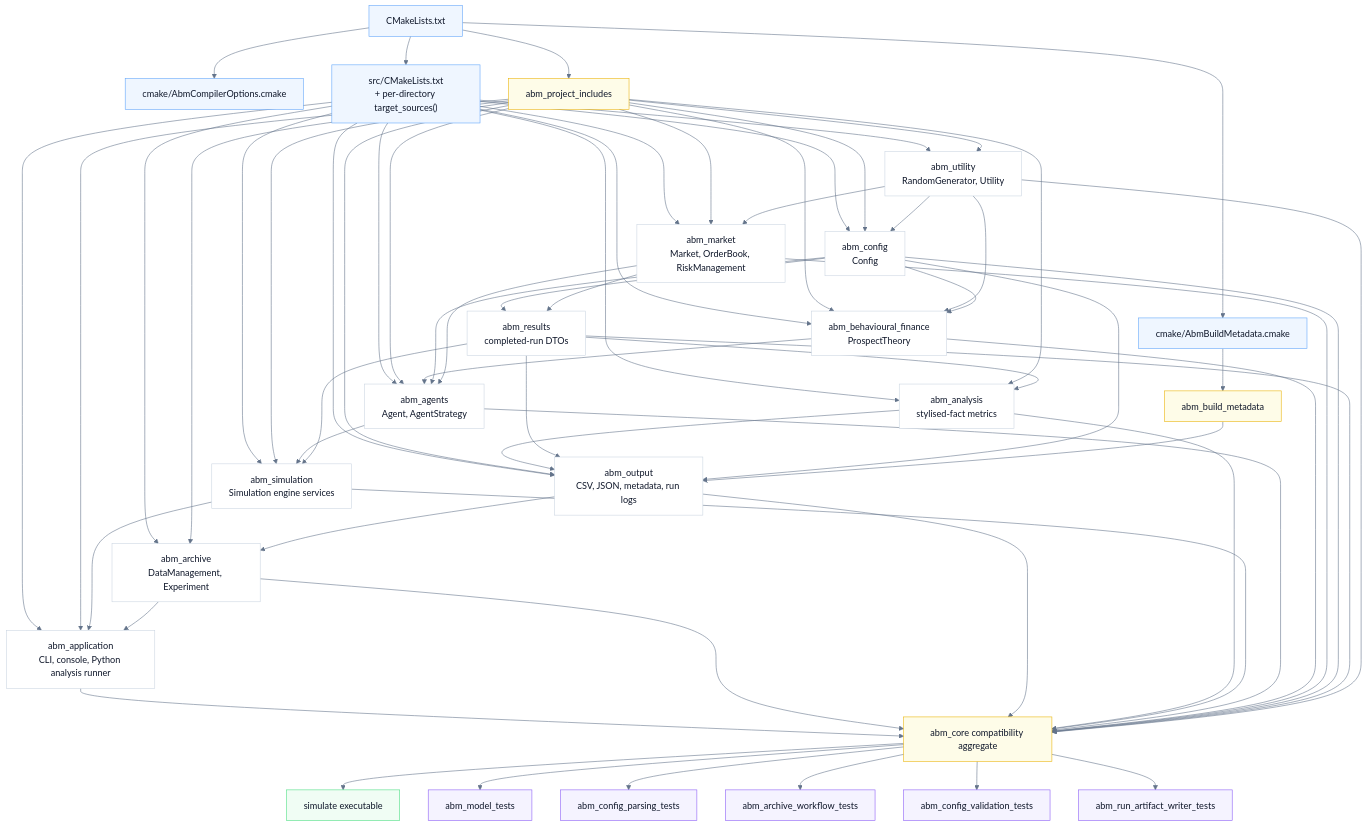
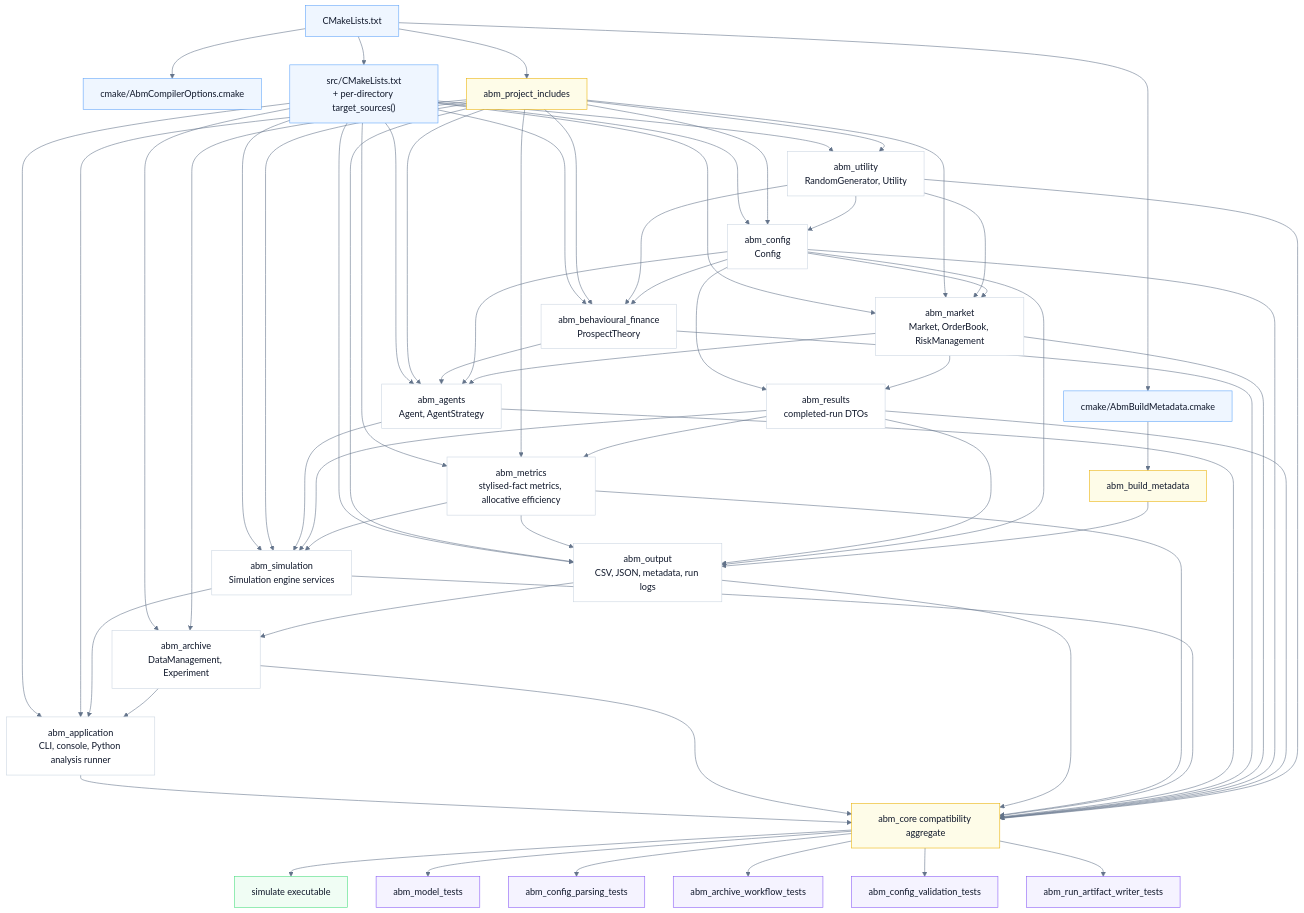
One commit to JustSimpleLucas/BABM changed the diagram in docs/build_structure.mmd. Above: the diagram before and after it, drawn with Mermaid. The commit also changed 15 other files, not shown here.

```diff
--- a/docs/build_structure.mmd
+++ b/docs/build_structure.mmd
@@ -1,108 +1,110 @@
 %%{init: {"theme": "base", "themeVariables": {"background": "#ffffff", "primaryColor": "#f8fafc", "primaryBorderColor": "#94a3b8", "primaryTextColor": "#0f172a", "lineColor": "#64748b", "secondaryColor": "#eff6ff", "tertiaryColor": "#f0fdf4", "fontFamily": "Arial, sans-serif"}}}%%
 flowchart TD
     root["CMakeLists.txt"]
     compiler["cmake/AbmCompilerOptions.cmake"]
     metadata["cmake/AbmBuildMetadata.cmake"]
     sources["src/CMakeLists.txt<br/>+ per-directory target_sources()"]
 
     includes["abm_project_includes"]
     buildMetadata["abm_build_metadata"]
     core["abm_core compatibility aggregate"]
     app["simulate executable"]
 
     utility["abm_utility<br/>RandomGenerator, Utility"]
     config["abm_config<br/>Config"]
     market["abm_market<br/>Market, OrderBook, RiskManagement"]
     behavioural["abm_behavioural_finance<br/>ProspectTheory"]
     agents["abm_agents<br/>Agent, AgentStrategy"]
     results["abm_results<br/>completed-run DTOs"]
     simulation["abm_simulation<br/>Simulation engine services"]
-    analysis["abm_analysis<br/>stylised-fact metrics"]
+    metrics["abm_metrics<br/>stylised-fact metrics, allocative efficiency"]
     output["abm_output<br/>CSV, JSON, metadata, run logs"]
     archive["abm_archive<br/>DataManagement, Experiment"]
     application["abm_application<br/>CLI, console, Python analysis runner"]
 
     modelTests["abm_model_tests"]
     parsingTests["abm_config_parsing_tests"]
     archiveTests["abm_archive_workflow_tests"]
     validationTests["abm_config_validation_tests"]
     artifactTests["abm_run_artifact_writer_tests"]
 
     root --> compiler
     root --> metadata
     root --> sources
     root --> includes
     metadata --> buildMetadata
 
     sources --> utility
     sources --> config
     sources --> market
     sources --> behavioural
     sources --> agents
     sources --> simulation
-    sources --> analysis
+    sources --> metrics
     sources --> output
     sources --> archive
     sources --> application
 
     includes --> utility
     includes --> config
     includes --> market
     includes --> behavioural
     includes --> agents
     includes --> simulation
-    includes --> analysis
+    includes --> metrics
     includes --> output
     includes --> archive
     includes --> application
 
     utility --> config
     utility --> market
+    config --> market
     utility --> behavioural
     config --> behavioural
     config --> results
     market --> results
     behavioural --> agents
     config --> agents
     market --> agents
     agents --> simulation
     results --> simulation
     simulation --> application
-    results --> analysis
-    analysis --> output
+    results --> metrics
+    metrics --> simulation
+    metrics --> output
     results --> output
     config --> output
     buildMetadata --> output
     output --> archive
     archive --> application
 
     application --> core
     archive --> core
     output --> core
-    analysis --> core
+    metrics --> core
     simulation --> core
     agents --> core
     behavioural --> core
     market --> core
     config --> core
     results --> core
     utility --> core
 
     core --> app
     core --> modelTests
     core --> parsingTests
     core --> archiveTests
     core --> validationTests
     core --> artifactTests
 
     classDef cmake fill:#eff6ff,stroke:#60a5fa,stroke-width:1px,color:#0f172a
     classDef interface fill:#fefce8,stroke:#eab308,stroke-width:1px,color:#0f172a
     classDef domain fill:#ffffff,stroke:#cbd5e1,stroke-width:1px,color:#0f172a
     classDef target fill:#f0fdf4,stroke:#4ade80,stroke-width:1px,color:#0f172a
     classDef test fill:#f5f3ff,stroke:#8b5cf6,stroke-width:1px,color:#0f172a
 
     class root,compiler,metadata,sources cmake
     class includes,buildMetadata,core interface
-    class utility,config,market,behavioural,agents,results,simulation,analysis,output,archive,application domain
+    class utility,config,market,behavioural,agents,results,simulation,metrics,output,archive,application domain
     class app target
     class modelTests,parsingTests,archiveTests,validationTests,artifactTests test
```
